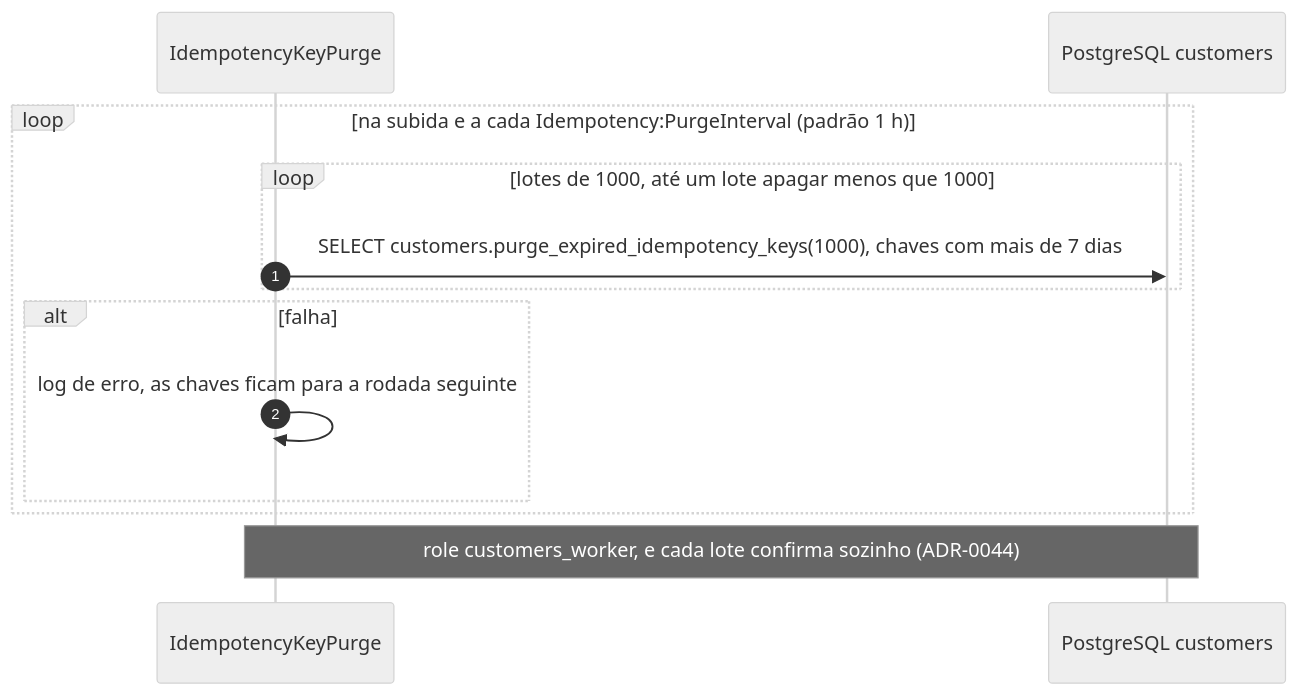
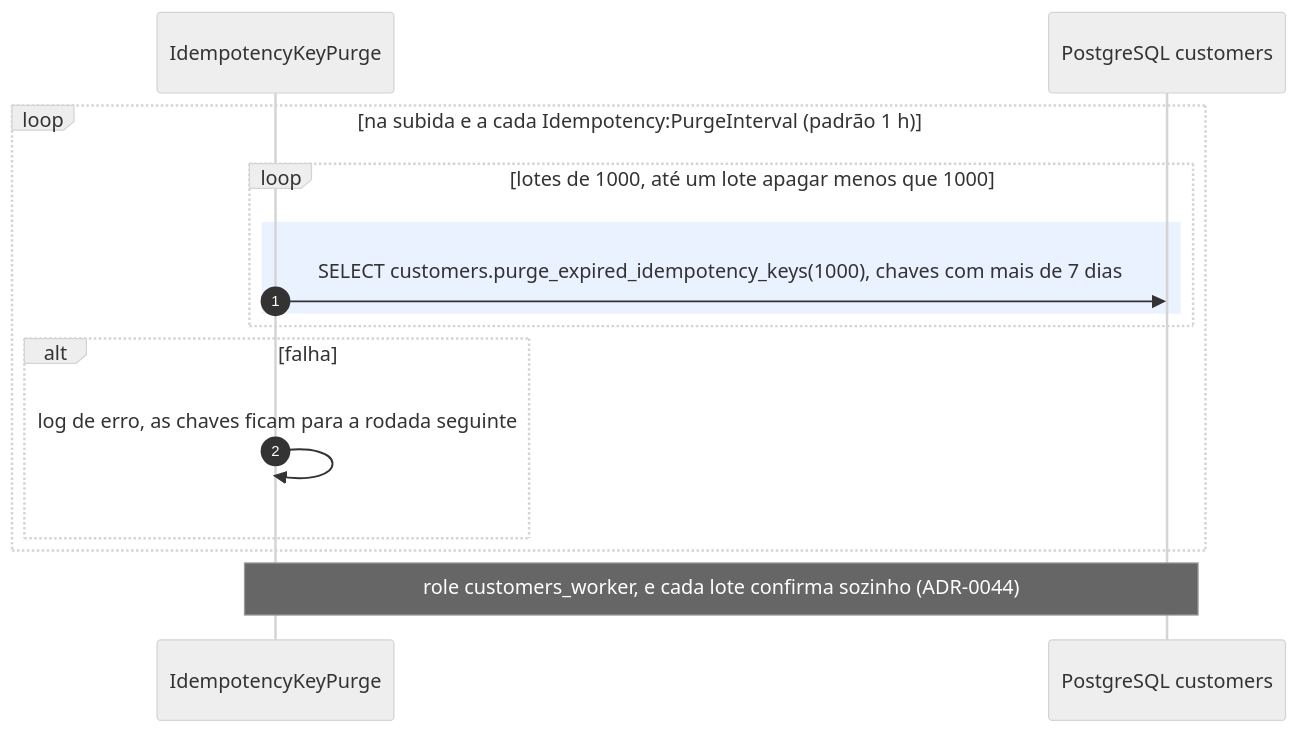
Before and after one commit to arthuurw/desafio-arquiteto-keyrus: the fifth of 5 diagrams in docs/arquitetura/fluxos-customers.md, drawn with Mermaid (neutral theme). The commit also changed other lines of this file and 1 other file, not shown here.

First line of the commit message:
docs: draw each purge and seed insert as its own transaction

````diff
--- a/docs/arquitetura/fluxos-customers.md
+++ b/docs/arquitetura/fluxos-customers.md
@@ -266,16 +272,18 @@
 ```mermaid
 sequenceDiagram
   autonumber
   participant P as IdempotencyKeyPurge
   participant DB as PostgreSQL customers
 
   loop na subida e a cada Idempotency:PurgeInterval (padrão 1 h)
     loop lotes de 1000, até um lote apagar menos que 1000
-      P->>DB: SELECT customers.purge_expired_idempotency_keys(1000), chaves com mais de 7 dias
+      rect rgba(80, 140, 255, 0.12)
+        P->>DB: SELECT customers.purge_expired_idempotency_keys(1000), chaves com mais de 7 dias
+      end
     end
     alt falha
       P->>P: log de erro, as chaves ficam para a rodada seguinte
     end
   end
   Note over P,DB: role customers_worker, e cada lote confirma sozinho (ADR-0044)
 ```
````
